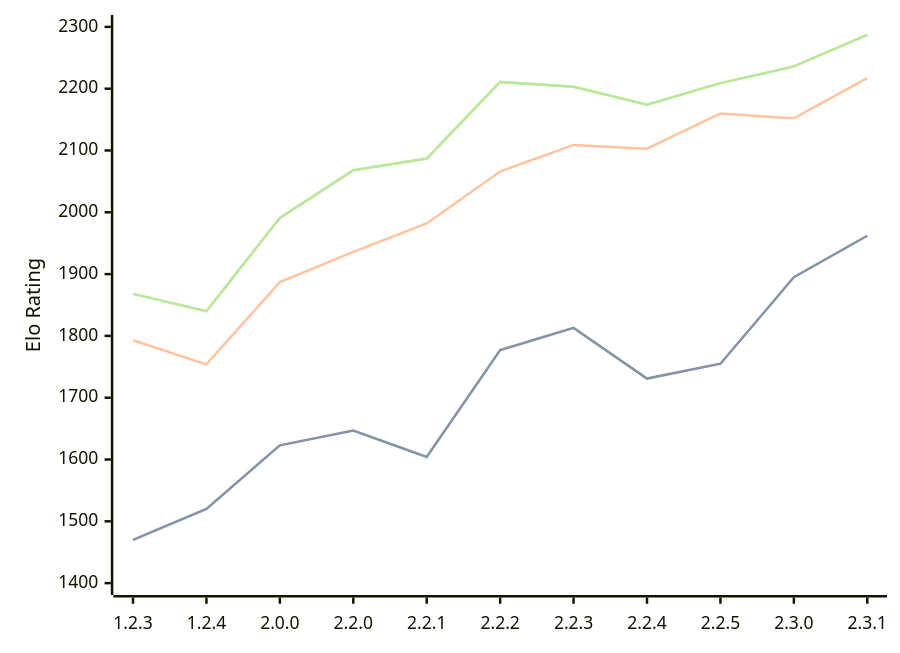
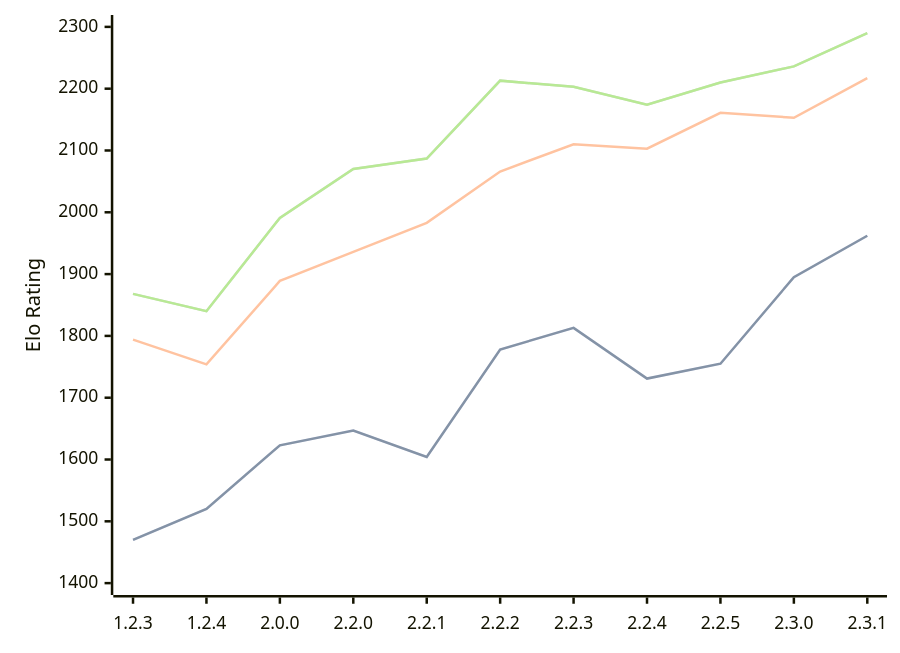
The diagram in engines/Kreveta.md (computer-chess-index/cci), drawn with Mermaid before and after one commit. The commit also changed other lines of this file, not shown here.

Commit message:
Update CCI Ratings (ELO VLTC) - 2026-05-21

````diff
--- a/engines/Kreveta.md
+++ b/engines/Kreveta.md
@@ -43,11 +43,11 @@
 ```mermaid
 %%{init: {"theme":"base","themeVariables":{"seriesColors:['#a3a3a3','#222221','#faa371']}}}%%
 xychart-beta
   x-axis ["1.2.3", "1.2.4", "2.0.0", "2.2.0", "2.2.1", "2.2.2", "2.2.3", "2.2.4", "2.2.5", "2.3.0", "2.3.1"]
   y-axis "Elo Rating" 1400 --> 2300
-  line "STC (8.0+0.08s)" [1470, 1520, 1623, 1647, 1604, 1777, 1813, 1731, 1755, 1895, 1962]
-  line "STC (8.0+0.08s)" [1470, 1520, 1623, 1647, 1604, 1777, 1813, 1731, 1755, 1895, 1962]
-  line "LTC (60.0+0.60s)" [1793, 1754, 1887, 1936, 1982, 2066, 2109, 2103, 2160, 2152, 2217]
-  line "VLTC (2m24s+1.12s)" [1868, 1840, 1991, 2068, 2087, 2211, 2203, 2174, 2209, 2236, 2287]
-  line "VLTC (2m24s+1.12s)" [1868, 1840, 1991, 2068, 2087, 2211, 2203, 2174, 2209, 2236, 2287]
+  line "STC (8.0+0.08s)" [1470, 1520, 1623, 1647, 1604, 1778, 1813, 1731, 1755, 1895, 1962]
+  line "STC (8.0+0.08s)" [1470, 1520, 1623, 1647, 1604, 1778, 1813, 1731, 1755, 1895, 1962]
+  line "LTC (60.0+0.60s)" [1794, 1754, 1889, 1936, 1983, 2066, 2110, 2103, 2161, 2153, 2217]
+  line "VLTC (2m24s+1.12s)" [1868, 1840, 1991, 2070, 2087, 2213, 2203, 2174, 2210, 2236, 2290]
+  line "VLTC (2m24s+1.12s)" [1868, 1840, 1991, 2070, 2087, 2213, 2203, 2174, 2210, 2236, 2290]
 ```
````
